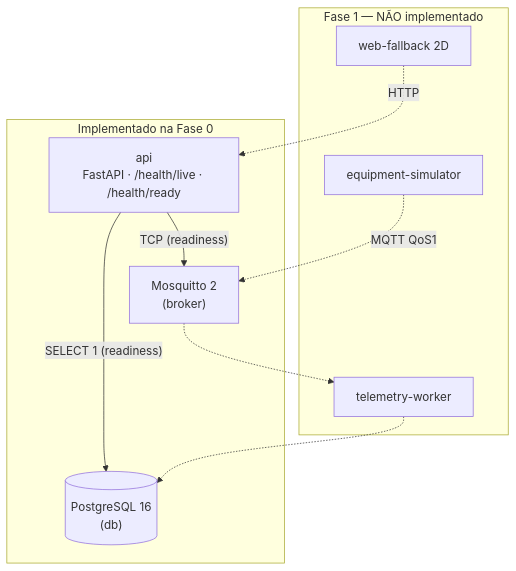
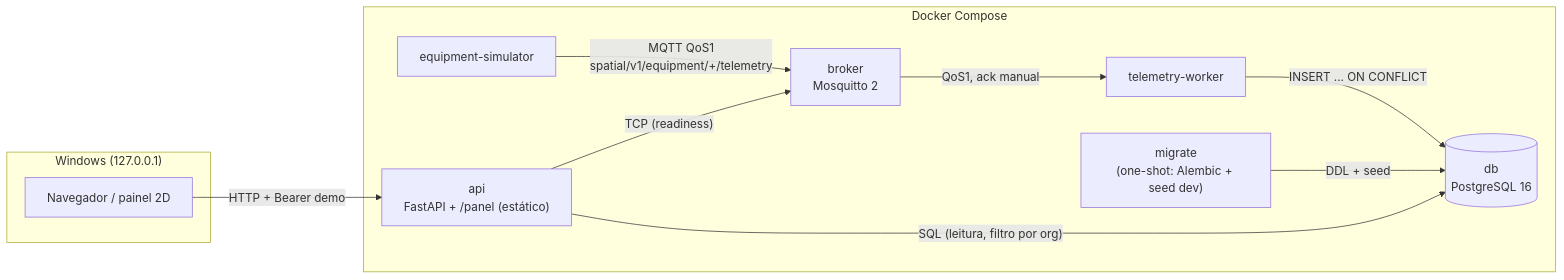
One commit to bruno-bronks/ar-xr changed the diagram in docs/architecture/containers.md. Above: the diagram before and after it, drawn with Mermaid. The commit also changed other lines of this file and 120 other files, not shown here.

First line of the commit message:
feat(phase-1): industrial vertical - simulator, worker, persistence, API, 2D panel

````diff
--- a/docs/architecture/containers.md
+++ b/docs/architecture/containers.md
@@ -3,19 +3,21 @@
 ```mermaid
-flowchart TB
-  subgraph Fase0["Implementado na Fase 0"]
-    API["api<br/>FastAPI · /health/live · /health/ready"]
-    DB[("PostgreSQL 16<br/>(db)")]
-    MQ["Mosquitto 2<br/>(broker)"]
+flowchart LR
+  subgraph Host["Windows (127.0.0.1)"]
+    Browser["Navegador / painel 2D"]
   end
-  subgraph Fase1["Fase 1 — NÃO implementado"]
+  subgraph Compose["Docker Compose"]
     SIM["equipment-simulator"]
+    MQ["broker<br/>Mosquitto 2"]
     WRK["telemetry-worker"]
-    WEB["web-fallback 2D"]
+    DB[("db<br/>PostgreSQL 16")]
+    MIG["migrate<br/>(one-shot: Alembic + seed dev)"]
+    API["api<br/>FastAPI + /panel (estático)"]
   end
-  API -->|"SELECT 1 (readiness)"| DB
+  SIM -->|"MQTT QoS1<br/>spatial/v1/equipment/+/telemetry"| MQ
+  MQ -->|"QoS1, ack manual"| WRK
+  WRK -->|"INSERT ... ON CONFLICT"| DB
+  MIG -->|"DDL + seed"| DB
+  API -->|"SQL (leitura, filtro por org)"| DB
   API -->|"TCP (readiness)"| MQ
-  SIM -.->|"MQTT QoS1"| MQ
-  MQ -.-> WRK
-  WRK -.-> DB
-  WEB -.->|HTTP| API
+  Browser -->|"HTTP + Bearer demo"| API
 ```
````
